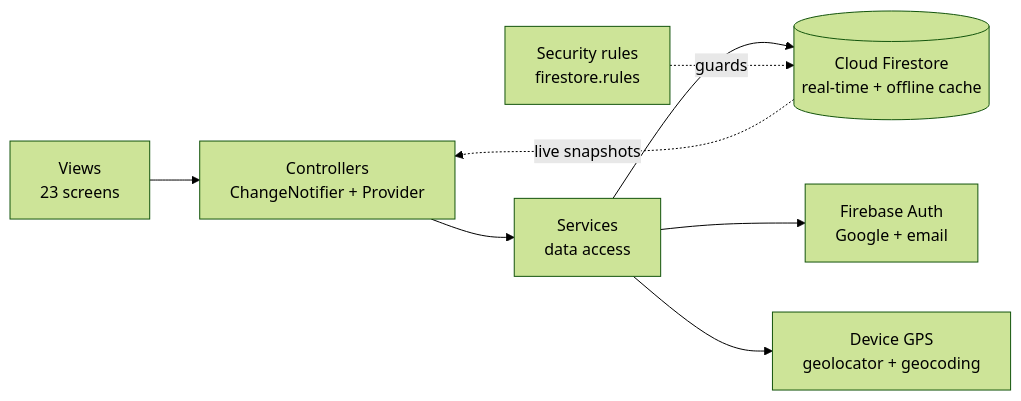
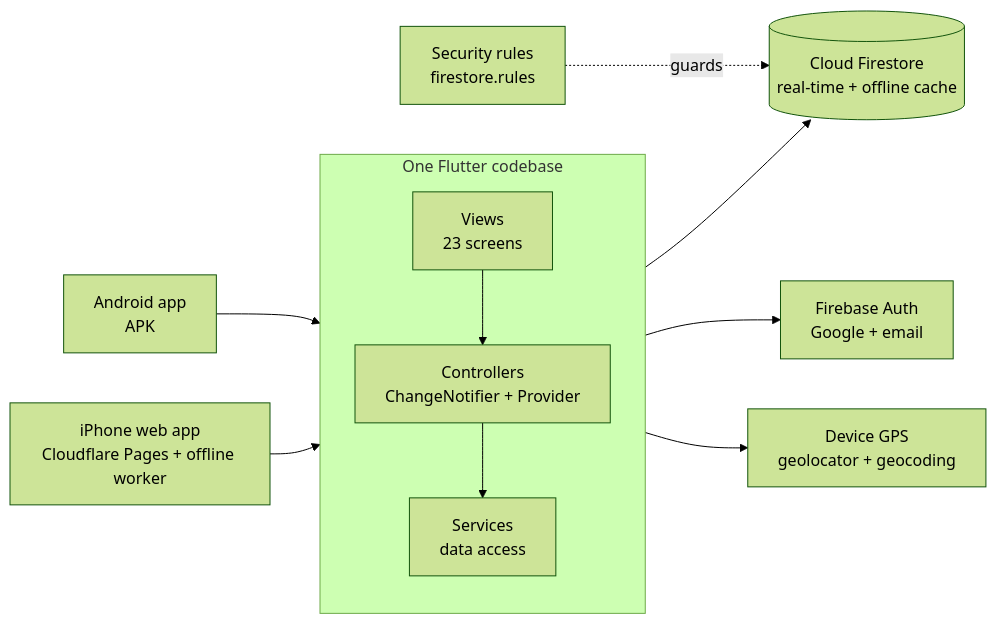
Before and after one commit to Crux-15/Taka-Koi-: the second of 2 diagrams in README.md, drawn with Mermaid (forest theme). The commit also changed other lines of this file and 16 other files, not shown here.

````diff
--- a/README.md
+++ b/README.md
@@ -122,10 +207,13 @@
 ```mermaid
 flowchart LR
-    V["Views<br/>23 screens"] --> C["Controllers<br/>ChangeNotifier + Provider"]
-    C --> S["Services<br/>data access"]
-    S --> F[("Cloud Firestore<br/>real-time + offline cache")]
-    S --> A["Firebase Auth<br/>Google + email"]
-    S --> G["Device GPS<br/>geolocator + geocoding"]
-    F -. "live snapshots" .-> C
+    AND["Android app<br/>APK"] --> App
+    WEB["iPhone web app<br/>Cloudflare Pages + offline worker"] --> App
+    subgraph App["One Flutter codebase"]
+        direction TB
+        V["Views<br/>23 screens"] --> C["Controllers<br/>ChangeNotifier + Provider"] --> S["Services<br/>data access"]
+    end
+    App --> F[("Cloud Firestore<br/>real-time + offline cache")]
+    App --> A["Firebase Auth<br/>Google + email"]
+    App --> G["Device GPS<br/>geolocator + geocoding"]
     R["Security rules<br/>firestore.rules"] -. guards .-> F
 ```
````
